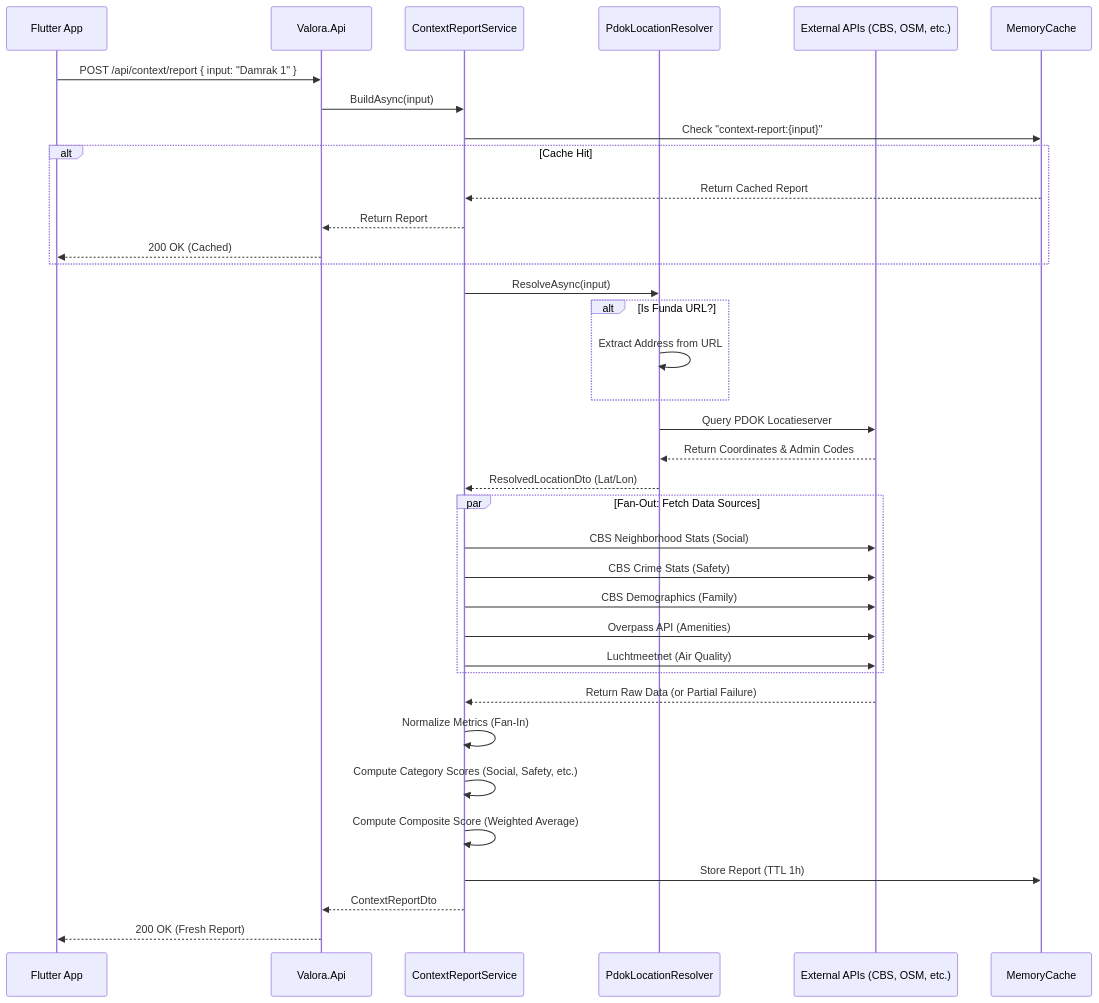
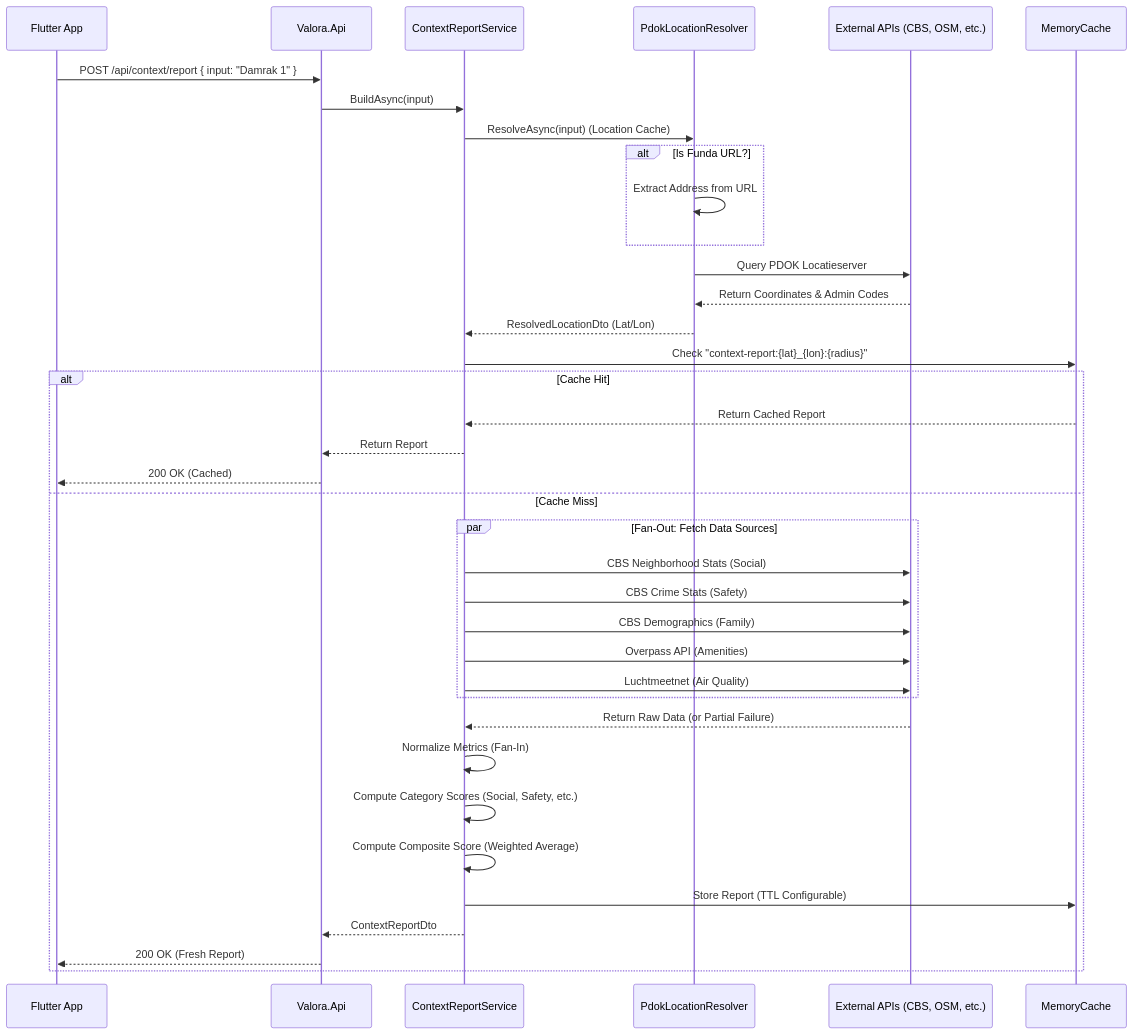
One commit to YKDBontekoe/valora changed the diagram in docs/onboarding-data-flow.md. Above: the diagram before and after it, drawn with Mermaid. The commit also changed other lines of this file and 3 other files, not shown here.

````diff
--- a/docs/onboarding-data-flow.md
+++ b/docs/onboarding-data-flow.md
@@ -9,45 +9,45 @@
 ```mermaid
 sequenceDiagram
     participant Client as Flutter App
     participant API as Valora.Api
     participant Service as ContextReportService
     participant Resolver as PdokLocationResolver
     participant Sources as External APIs (CBS, OSM, etc.)
     participant Cache as MemoryCache
 
     Client->>API: POST /api/context/report { input: "Damrak 1" }
     API->>Service: BuildAsync(input)
 
-    Service->>Cache: Check "context-report:{input}"
-    alt Cache Hit
-        Cache-->>Service: Return Cached Report
-        Service-->>API: Return Report
-        API-->>Client: 200 OK (Cached)
-    end
-
-    Service->>Resolver: ResolveAsync(input)
+    Service->>Resolver: ResolveAsync(input) (Location Cache)
     alt Is Funda URL?
         Resolver->>Resolver: Extract Address from URL
     end
     Resolver->>Sources: Query PDOK Locatieserver
     Sources-->>Resolver: Return Coordinates & Admin Codes
     Resolver-->>Service: ResolvedLocationDto (Lat/Lon)
 
-    par Fan-Out: Fetch Data Sources
-        Service->>Sources: CBS Neighborhood Stats (Social)
-        Service->>Sources: CBS Crime Stats (Safety)
-        Service->>Sources: CBS Demographics (Family)
-        Service->>Sources: Overpass API (Amenities)
-        Service->>Sources: Luchtmeetnet (Air Quality)
+    Service->>Cache: Check "context-report:{lat}_{lon}:{radius}"
+    alt Cache Hit
+        Cache-->>Service: Return Cached Report
+        Service-->>API: Return Report
+        API-->>Client: 200 OK (Cached)
+    else Cache Miss
+        par Fan-Out: Fetch Data Sources
+            Service->>Sources: CBS Neighborhood Stats (Social)
+            Service->>Sources: CBS Crime Stats (Safety)
+            Service->>Sources: CBS Demographics (Family)
+            Service->>Sources: Overpass API (Amenities)
+            Service->>Sources: Luchtmeetnet (Air Quality)
+        end
+
+        Sources-->>Service: Return Raw Data (or Partial Failure)
+
+        Service->>Service: Normalize Metrics (Fan-In)
+        Service->>Service: Compute Category Scores (Social, Safety, etc.)
+        Service->>Service: Compute Composite Score (Weighted Average)
+
+        Service->>Cache: Store Report (TTL Configurable)
+        Service-->>API: ContextReportDto
+        API-->>Client: 200 OK (Fresh Report)
     end
-
-    Sources-->>Service: Return Raw Data (or Partial Failure)
-
-    Service->>Service: Normalize Metrics (Fan-In)
-    Service->>Service: Compute Category Scores (Social, Safety, etc.)
-    Service->>Service: Compute Composite Score (Weighted Average)
-
-    Service->>Cache: Store Report (TTL 1h)
-    Service-->>API: ContextReportDto
-    API-->>Client: 200 OK (Fresh Report)
 ```
````
